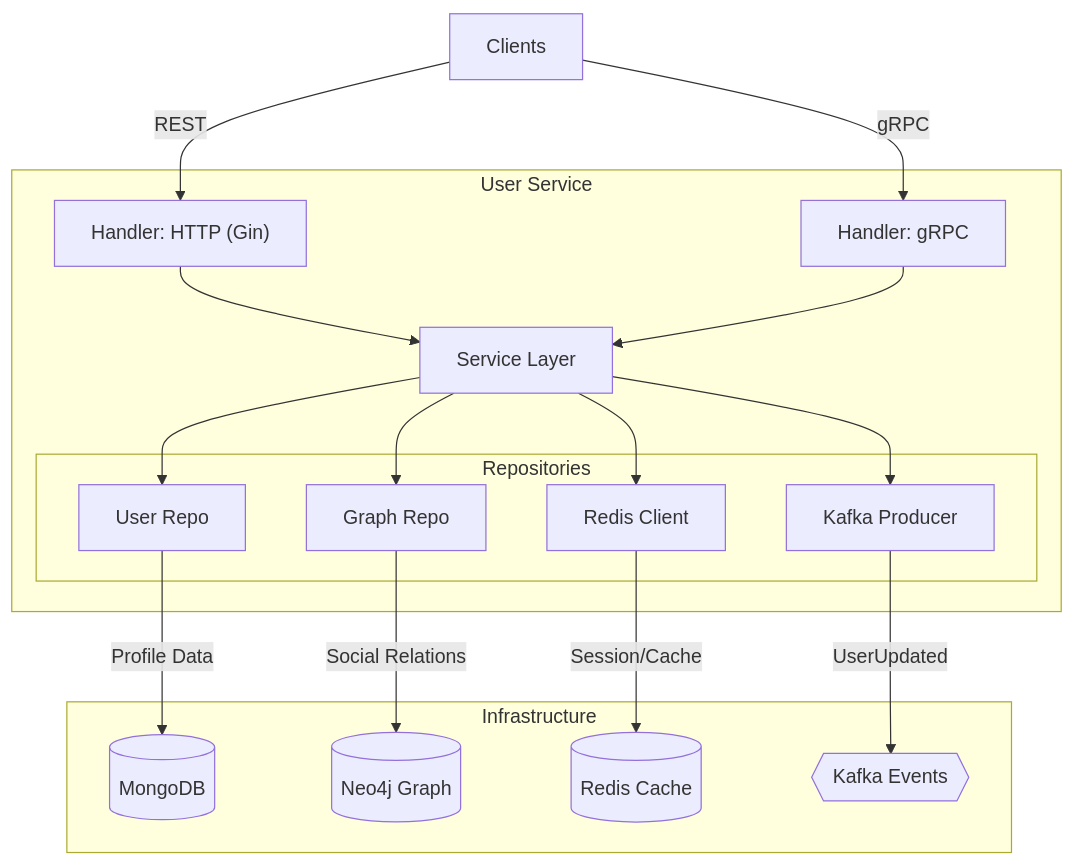
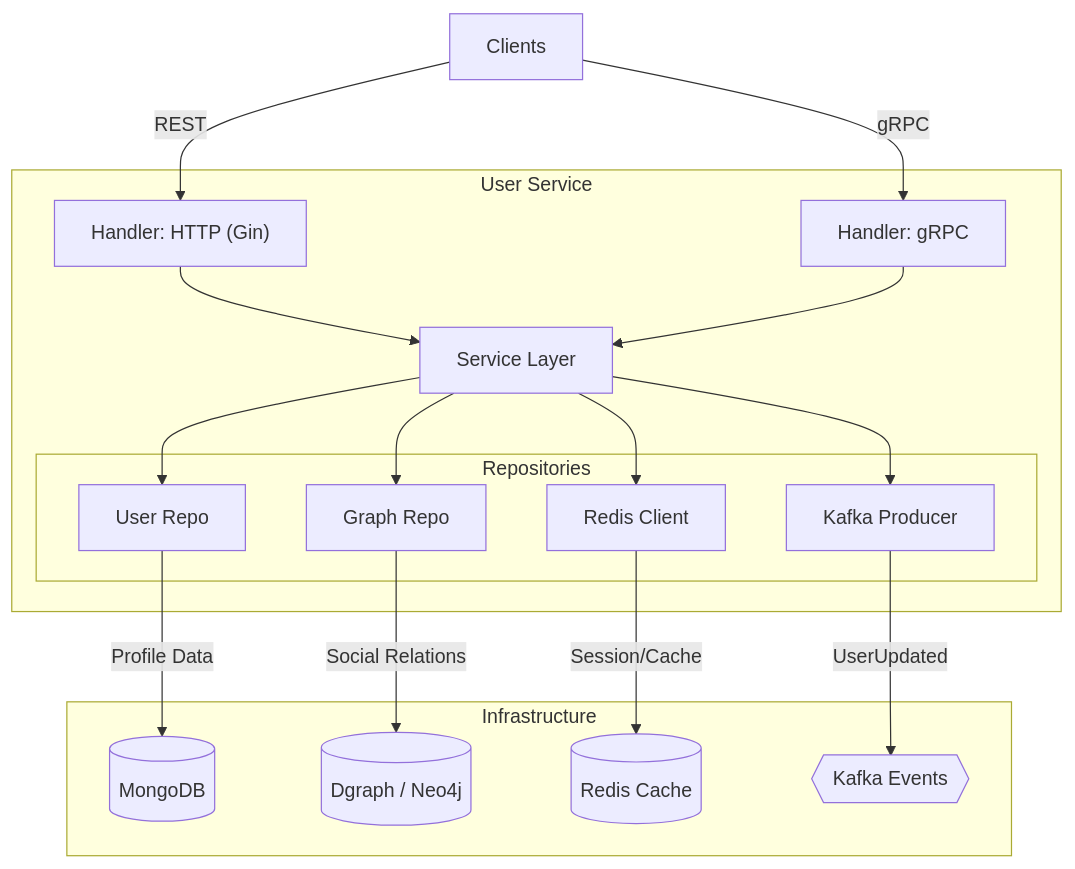
One commit to MuhibNayem/connectify-v2 changed the diagram in user-service/README.md. Above: the diagram before and after it, drawn with Mermaid. The commit also changed other lines of this file and 3 other files, not shown here.

Commit message:
feat: Add Dgraph as an alternative graph database option across services.

````diff
--- a/user-service/README.md
+++ b/user-service/README.md
@@ -9,39 +9,39 @@
 ```mermaid
 graph TD
     Client[Clients]
     subgraph "User Service"
         H_HTTP["Handler: HTTP (Gin)"]
         H_GRPC["Handler: gRPC"]
         Service[Service Layer]
         
         subgraph "Repositories"
             R_User[User Repo]
             R_Graph[Graph Repo]
             R_Redis[Redis Client]
             R_Kafka[Kafka Producer]
         end
     end
 
     subgraph "Infrastructure"
         Mongo[(MongoDB)]
-        Neo4j[(Neo4j Graph)]
+        DgraphNeo4j[(Dgraph / Neo4j)]
         Redis[(Redis Cache)]
         Kafka{{Kafka Events}}
     end
 
     Client -->|REST| H_HTTP
     Client -->|gRPC| H_GRPC
 
     H_HTTP --> Service
     H_GRPC --> Service
 
     Service --> R_User
     Service --> R_Graph
     Service --> R_Redis
     Service --> R_Kafka
 
     R_User -->|Profile Data| Mongo
-    R_Graph -->|Social Relations| Neo4j
+    R_Graph -->|Social Relations| DgraphNeo4j
     R_Redis -->|Session/Cache| Redis
     R_Kafka -->|UserUpdated| Kafka
 ```
````
